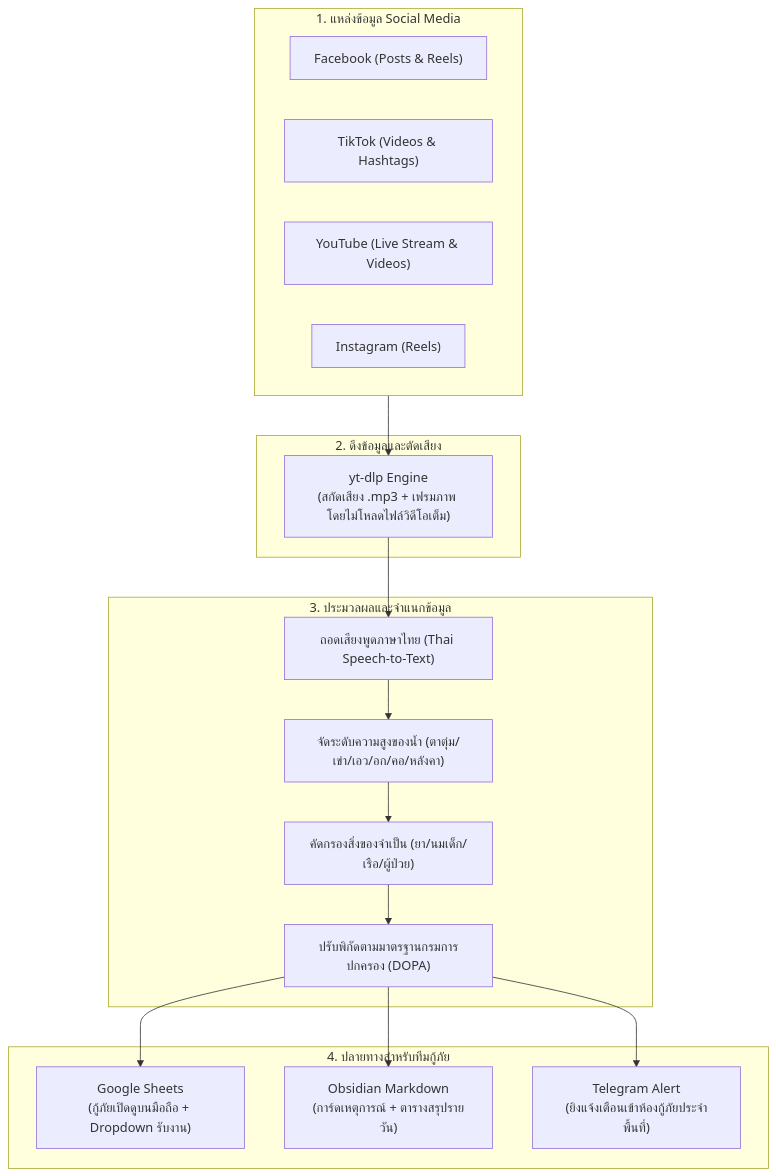
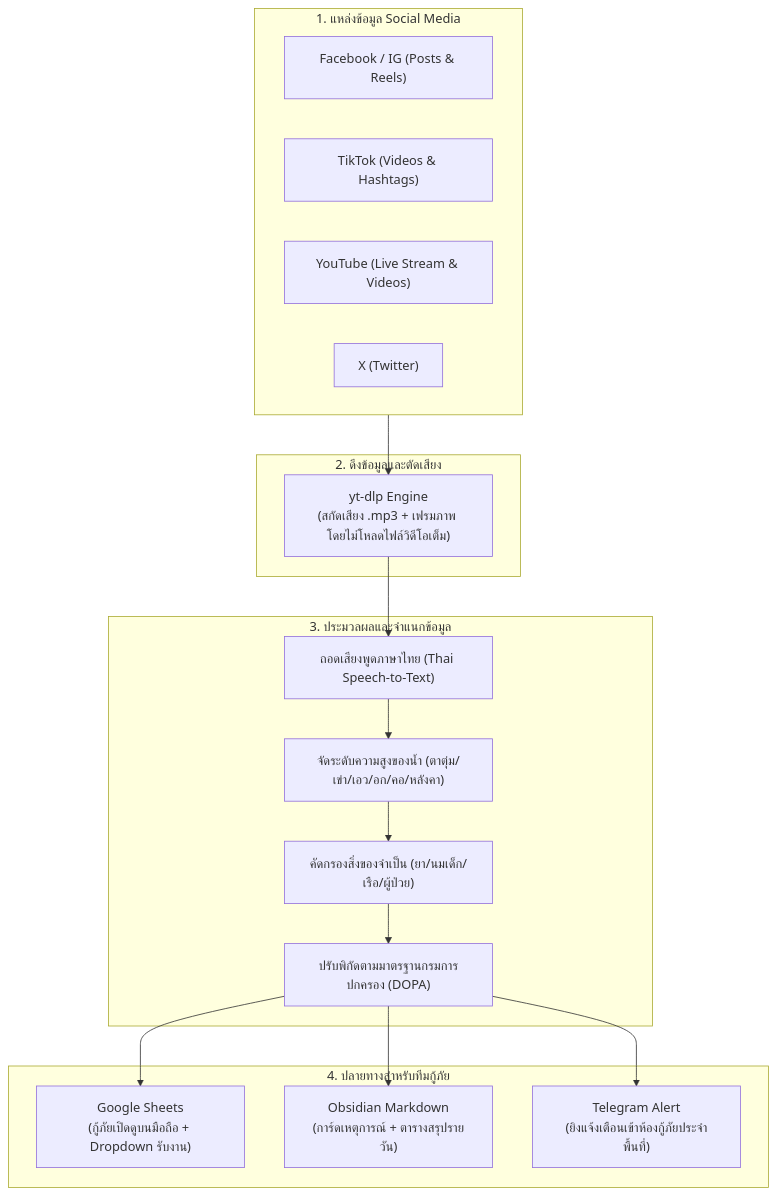
The diagram in README.md (sufarwee/FloodVoice-Thai), drawn with Mermaid before and after one commit. The commit also changed other lines of this file, not shown here.

````diff
--- a/README.md
+++ b/README.md
@@ -17,35 +17,35 @@
 ```mermaid
 flowchart TD
     subgraph Sources["1. แหล่งข้อมูล Social Media"]
-        FB["Facebook (Posts & Reels)"]
+        FB["Facebook / IG (Posts & Reels)"]
         TT["TikTok (Videos & Hashtags)"]
         YT["YouTube (Live Stream & Videos)"]
-        IG["Instagram (Reels)"]
+        X["X (Twitter)"]
     end
 
     subgraph Ingestion["2. ดึงข้อมูลและตัดเสียง"]
         YTDL["yt-dlp Engine\n(สกัดเสียง .mp3 + เฟรมภาพ โดยไม่โหลดไฟล์วิดีโอเต็ม)"]
     end
 
     subgraph Processing["3. ประมวลผลและจำแนกข้อมูล"]
         STT["ถอดเสียงพูดภาษาไทย (Thai Speech-to-Text)"]
         WL["จัดระดับความสูงของน้ำ (ตาตุ่ม/เข่า/เอว/อก/คอ/หลังคา)"]
         Needs["คัดกรองสิ่งของจำเป็น (ยา/นมเด็ก/เรือ/ผู้ป่วย)"]
         DOPA["ปรับพิกัดตามมาตรฐานกรมการปกครอง (DOPA)"]
     end
 
     subgraph Out["4. ปลายทางสำหรับทีมกู้ภัย"]
         GS["Google Sheets\n(กู้ภัยเปิดดูบนมือถือ + Dropdown รับงาน)"]
         OB["Obsidian Markdown\n(การ์ดเหตุการณ์ + ตารางสรุปรายวัน)"]
         TG["Telegram Alert\n(ยิงแจ้งเตือนเข้าห้องกู้ภัยประจำพื้นที่)"]
     end
 
     Sources --> YTDL
     YTDL --> STT
     STT --> WL
     WL --> Needs
     Needs --> DOPA
     DOPA --> GS
     DOPA --> OB
     DOPA --> TG
 ```
````
